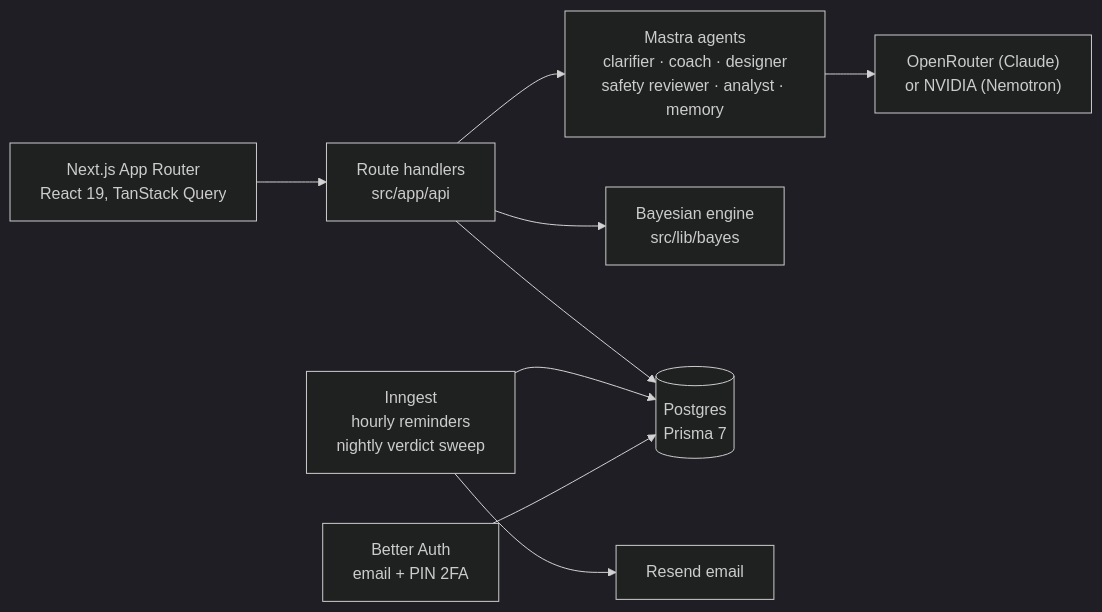
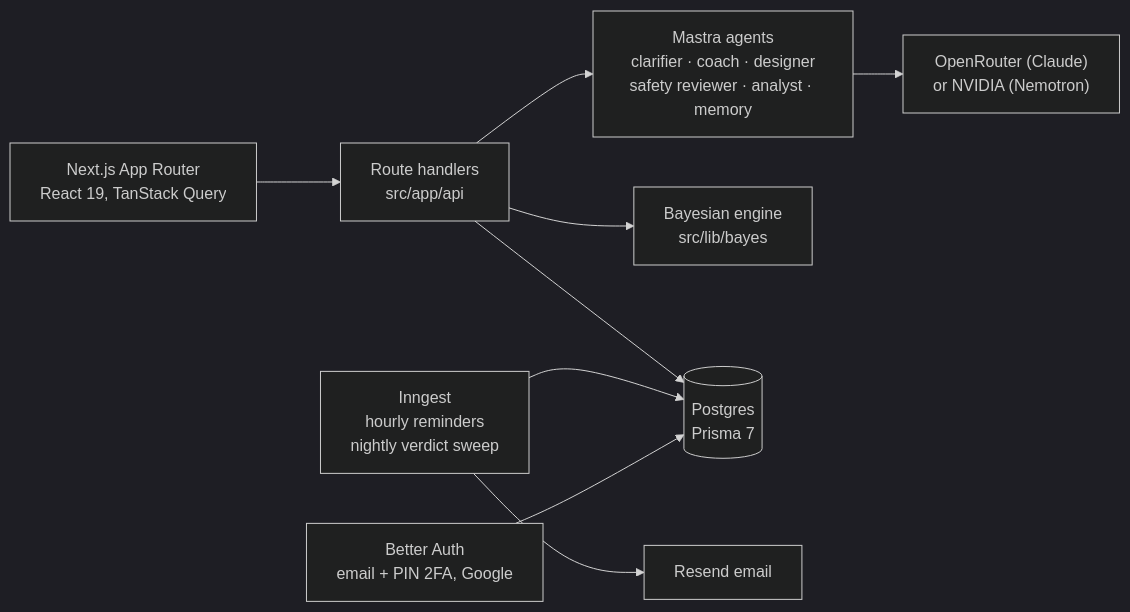
Before and after one commit to gav1306/hunch: the diagram in README.md, drawn with Mermaid (dark theme). The commit also changed other lines of this file, not shown here.

Commit message:
docs(readme): the medication check now also guards design and start
Both landed in #54; Google sign-in landed in #58.

````diff
--- a/README.md
+++ b/README.md
@@ -28,11 +28,11 @@
 ```mermaid
 flowchart LR
   UI["Next.js App Router<br/>React 19, TanStack Query"] --> API["Route handlers<br/>src/app/api"]
   API --> Agents["Mastra agents<br/>clarifier · coach · designer<br/>safety reviewer · analyst · memory"]
   Agents --> LLM["OpenRouter (Claude)<br/>or NVIDIA (Nemotron)"]
   API --> Bayes["Bayesian engine<br/>src/lib/bayes"]
   API --> DB[("Postgres<br/>Prisma 7")]
   Jobs["Inngest<br/>hourly reminders<br/>nightly verdict sweep"] --> DB
   Jobs --> Email["Resend email"]
-  Auth["Better Auth<br/>email + PIN 2FA"] --> DB
+  Auth["Better Auth<br/>email + PIN 2FA, Google"] --> DB
 ```
````
